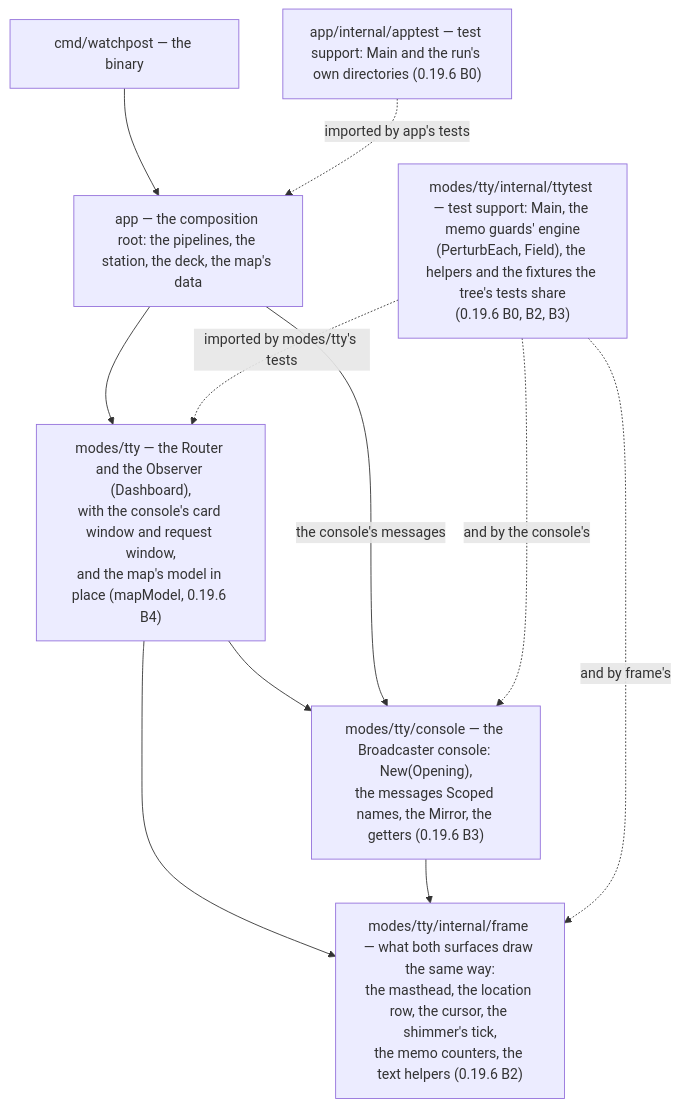
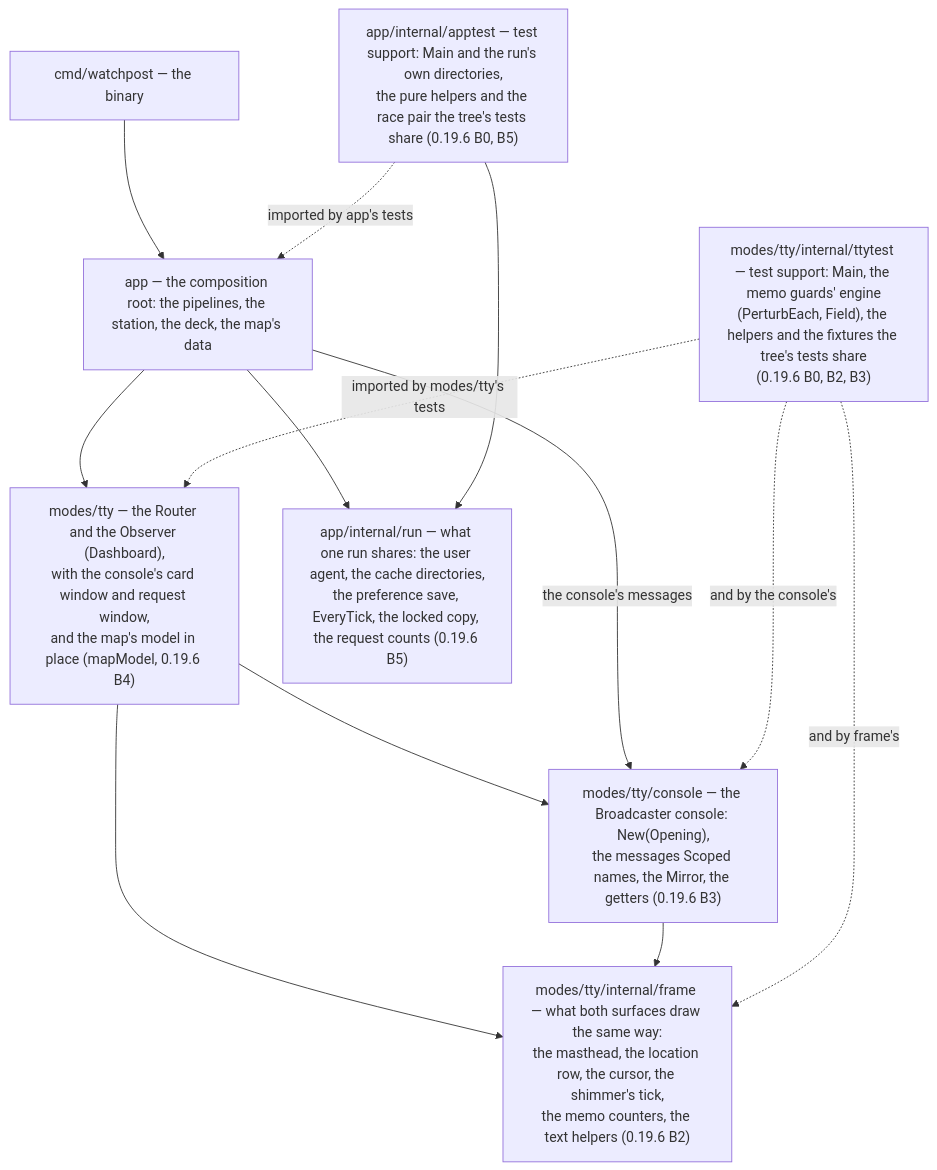
One commit to branden-thompson/watchpost changed the diagram in 06_docs/02_features/0.19.6-re-architecting/03-architecture-design/as-built-packages.md. Above: the diagram before and after it, drawn with Mermaid. The commit also changed other lines of this file and 66 other files, not shown here.

Commit message:
0.19.6 B5's move: the run's helpers in app/internal/run, the test helpers and the race pair in app/internal/apptest; D-92, D-93, A-71

````diff
--- a/06_docs/02_features/0.19.6-re-architecting/03-architecture-design/as-built-packages.md
+++ b/06_docs/02_features/0.19.6-re-architecting/03-architecture-design/as-built-packages.md
@@ -23,16 +23,19 @@
 ```mermaid
 flowchart TB
   CMD["cmd/watchpost — the binary"] --> APP
   APP["app — the composition root: the pipelines, the station, the deck, the map's data"] --> TTY
   TTY["modes/tty — the Router and the Observer (Dashboard),<br/>with the console's card window and request window,<br/>and the map's model in place (mapModel, 0.19.6 B4)"] --> CONSOLE
   TTY --> FRAME
   APP -- "the console's messages" --> CONSOLE
+  APP --> RUN
+  RUN["app/internal/run — what one run shares: the user agent, the cache directories,<br/>the preference save, EveryTick, the locked copy, the request counts (0.19.6 B5)"]
   CONSOLE["modes/tty/console — the Broadcaster console: New(Opening),<br/>the messages Scoped names, the Mirror, the getters (0.19.6 B3)"] --> FRAME
   FRAME["modes/tty/internal/frame — what both surfaces draw the same way:<br/>the masthead, the location row, the cursor, the shimmer's tick,<br/>the memo counters, the text helpers (0.19.6 B2)"]
   TTYT["modes/tty/internal/ttytest — test support: Main, the memo guards' engine<br/>(PerturbEach, Field), the helpers and the fixtures the tree's tests share<br/>(0.19.6 B0, B2, B3)"]
-  APPT["app/internal/apptest — test support: Main and the run's own directories (0.19.6 B0)"]
+  APPT["app/internal/apptest — test support: Main and the run's own directories,<br/>the pure helpers and the race pair the tree's tests share (0.19.6 B0, B5)"]
   TTYT -. "imported by modes/tty's tests" .-> TTY
   TTYT -. "and by frame's" .-> FRAME
   TTYT -. "and by the console's" .-> CONSOLE
   APPT -. "imported by app's tests" .-> APP
+  APPT --> RUN
 ```
````
